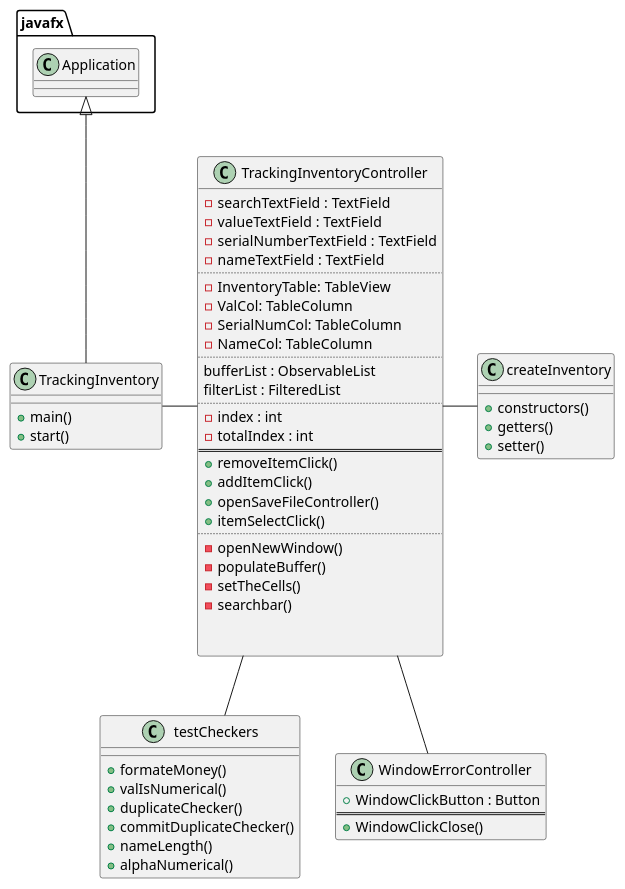
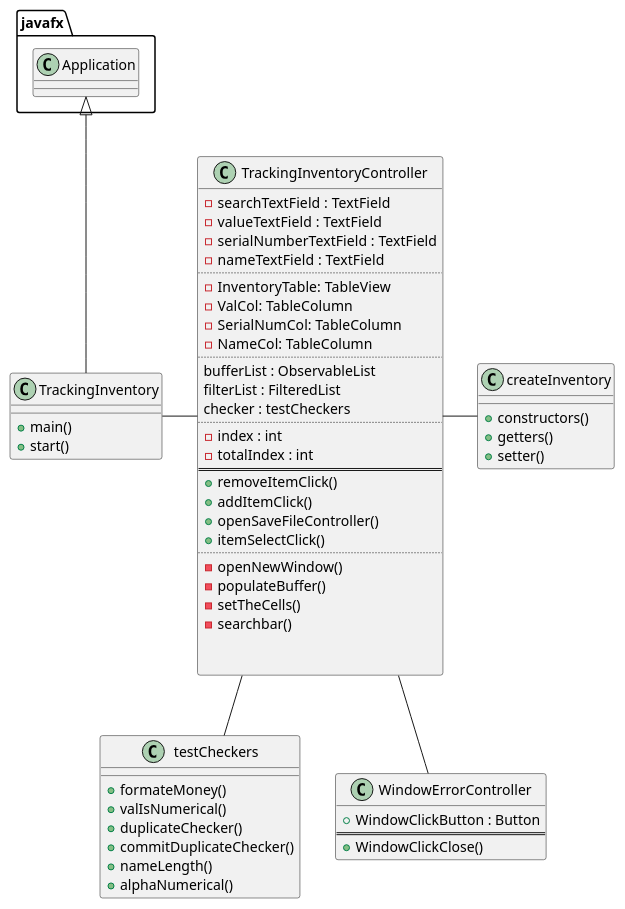
The diagram in uml/TrackingInventory.puml (fshofiquel/Item-Inventory), drawn with PlantUML before and after one commit.

Commit message:
Added clear fields button

```diff
--- a/uml/TrackingInventory.puml
+++ b/uml/TrackingInventory.puml
@@ -1,72 +1,73 @@
 @startuml
 'https://plantuml.com/class-diagram
 
 class TrackingInventory
 {
     + main()
     + start()
 }
 
 class TrackingInventoryController
 {
     - searchTextField : TextField
     - valueTextField : TextField
     - serialNumberTextField : TextField
     - nameTextField : TextField
     ..
     - InventoryTable: TableView
     - ValCol: TableColumn
     - SerialNumCol: TableColumn
     - NameCol: TableColumn
     ..
     bufferList : ObservableList
     filterList : FilteredList
+    checker : testCheckers
     ..
     - index : int
     - totalIndex : int
     ==
     + removeItemClick()
     + addItemClick()
     + openSaveFileController()
     + itemSelectClick()
     ..
     - openNewWindow()
     - populateBuffer()
     - setTheCells()
     - searchbar()
 
 
 }
 
 class testCheckers
 {
     + formateMoney()
     + valIsNumerical()
     + duplicateChecker()
     + commitDuplicateChecker()
     + nameLength()
     + alphaNumerical()
 }
 
 class WindowErrorController
 {
     + WindowClickButton : Button
     ==
     + WindowClickClose()
 }
 
 class createInventory
 {
     + constructors()
     + getters()
     + setter()
 }
 
 javafx.Application <|-- TrackingInventory
 
 TrackingInventory - TrackingInventoryController
 TrackingInventoryController - createInventory
 TrackingInventoryController -- WindowErrorController
 TrackingInventoryController -- testCheckers
 
 @enduml
```
